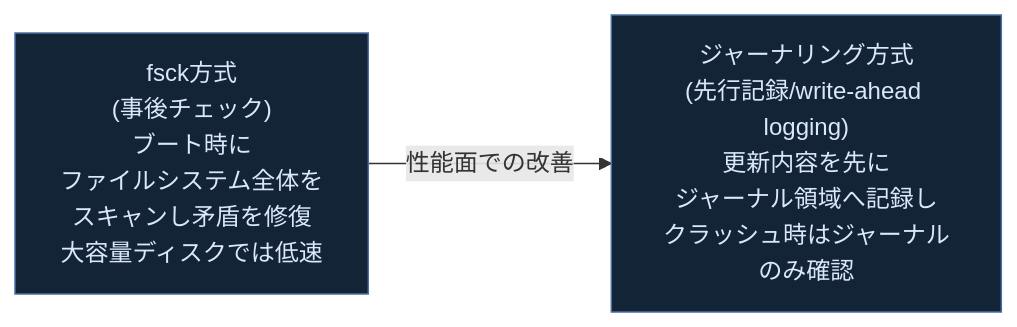
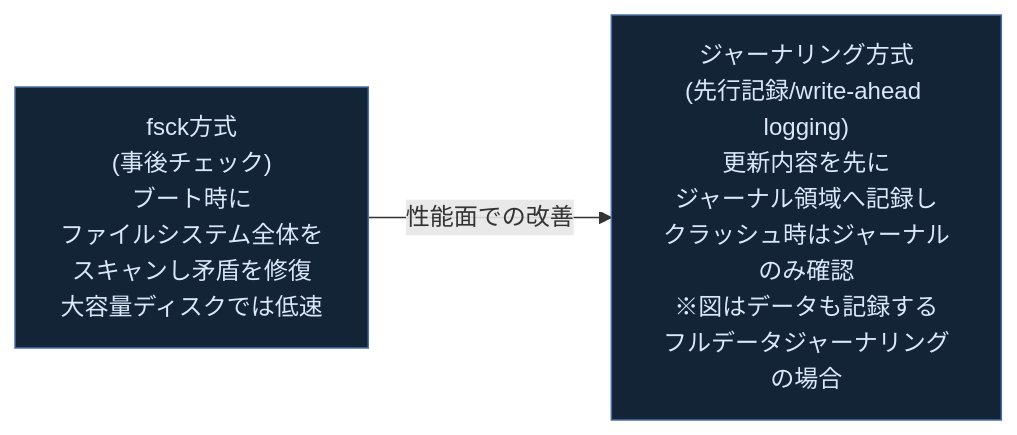
Diagram 41 of 56 in Operating-Systems-Three-Easy-Pieces.md (myoshi2891/Cloud-Infrastructure-Studies), drawn with Mermaid before and after one commit. The commit also changed other lines of this file, not shown here.

````diff
--- a/Operating-Systems-Three-Easy-Pieces.md
+++ b/Operating-Systems-Three-Easy-Pieces.md
@@ -1150,10 +1150,10 @@
 ```mermaid
 flowchart LR
     FSCK["fsck方式<br/>(事後チェック)<br/>ブート時に<br/>ファイルシステム全体を<br/>スキャンし矛盾を修復<br/>大容量ディスクでは低速"]
-    Journal["ジャーナリング方式<br/>(先行記録/write-ahead logging)<br/>更新内容を先に<br/>ジャーナル領域へ記録し<br/>クラッシュ時はジャーナルのみ確認"]
+    Journal["ジャーナリング方式<br/>(先行記録/write-ahead logging)<br/>更新内容を先に<br/>ジャーナル領域へ記録し<br/>クラッシュ時はジャーナルのみ確認<br/>※図はデータも記録する<br/>フルデータジャーナリングの場合"]
 
     FSCK -->|"性能面での改善"| Journal
 
     classDef box fill:#132436,stroke:#4a6fa5,color:#dbe7fb
     class FSCK,Journal box
 ```
````
